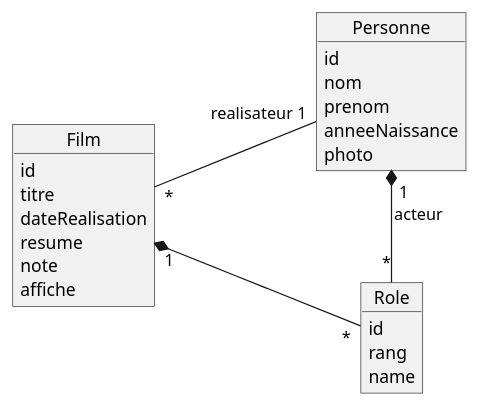
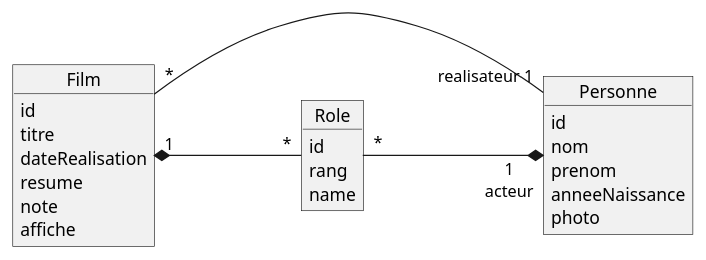
One commit to ldv-melun/spring-boot changed the first of 2 diagrams in src/docs/asciidoc/_ch02_jpa_intro.adoc. Above: the diagram before and after it, drawn with PlantUML. The commit also changed 2 other files, not shown here.

Commit message:
(mineur) mise en page du modèle d'analyse (différait du rendu live du plugin asciidoc d'intellij)

```diff
--- a/src/docs/asciidoc/_ch02_jpa_intro.adoc
+++ b/src/docs/asciidoc/_ch02_jpa_intro.adoc
@@ -21,32 +21,28 @@
 [plantuml]
 ----
-left to right direction
-
 Object Film{
 id
 titre
 dateRealisation
 resume
 note
 affiche
 }
 Object Personne{
 id
 nom
 prenom
 anneeNaissance
 photo
 }
 
 Object Role {
 id
 rang
 name
 }
 
-Film "*" --- "realisateur 1" Personne :"  "
-Personne "1       \nacteur" *- "*" Role:"\n\n"
-Film "1" *- "*" Role
-
-
+Film "*" - "realisateur 1" Personne :"\t\t\t\t"
+Film "1" *- "*" Role :"\t\t\t"
+Role "*" -* "1\nacteur" Personne:"\t\t\t\t"
 ----
```
